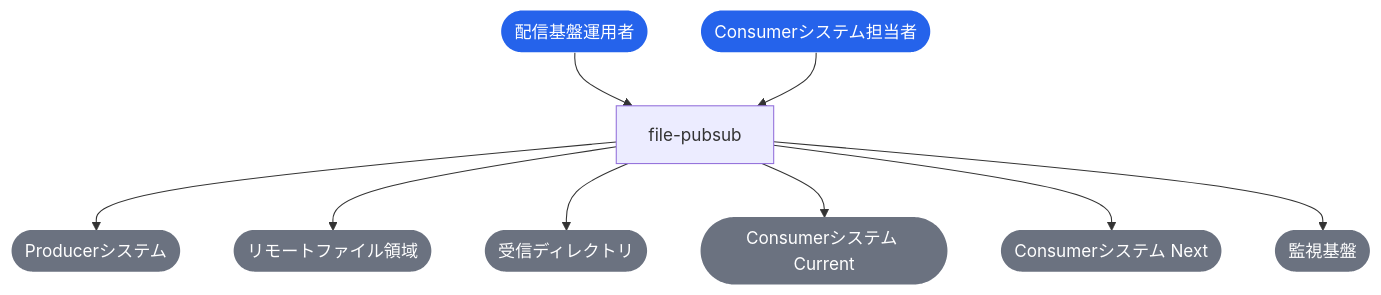
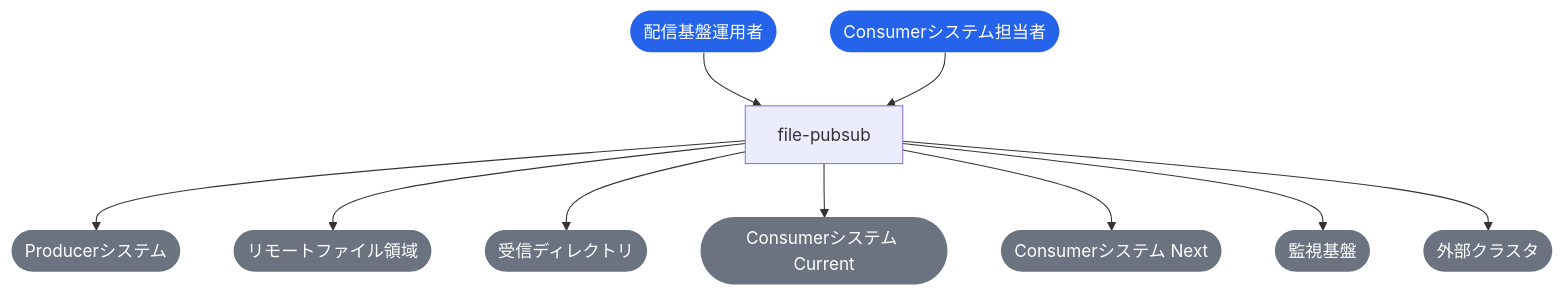
One commit to suwa-sh/file-pubsub changed the first of 4 diagrams in docs/README.md. Above: the diagram before and after it, drawn with Mermaid. The commit also changed other lines of this file and 98 other files, not shown here.

````diff
--- a/docs/README.md
+++ b/docs/README.md
@@ -67,14 +67,15 @@
 ```mermaid
 graph TB
   SYS["file-pubsub"]
   配信基盤運用者(["配信基盤運用者"]):::actor --> SYS
   Consumerシステム担当者(["Consumerシステム担当者"]):::actor --> SYS
   SYS --> Producerシステム(["Producerシステム"]):::external
   SYS --> リモートファイル領域(["リモートファイル領域"]):::external
   SYS --> 受信ディレクトリ(["受信ディレクトリ"]):::external
   SYS --> Consumerシステム_Current_(["Consumerシステム Current "]):::external
   SYS --> Consumerシステム_Next_(["Consumerシステム Next "]):::external
   SYS --> 監視基盤(["監視基盤"]):::external
+  SYS --> 外部クラスタ(["外部クラスタ"]):::external
   classDef actor fill:#2563EB,color:#fff,stroke:none
   classDef external fill:#6B7280,color:#fff,stroke:none
 ```
````
